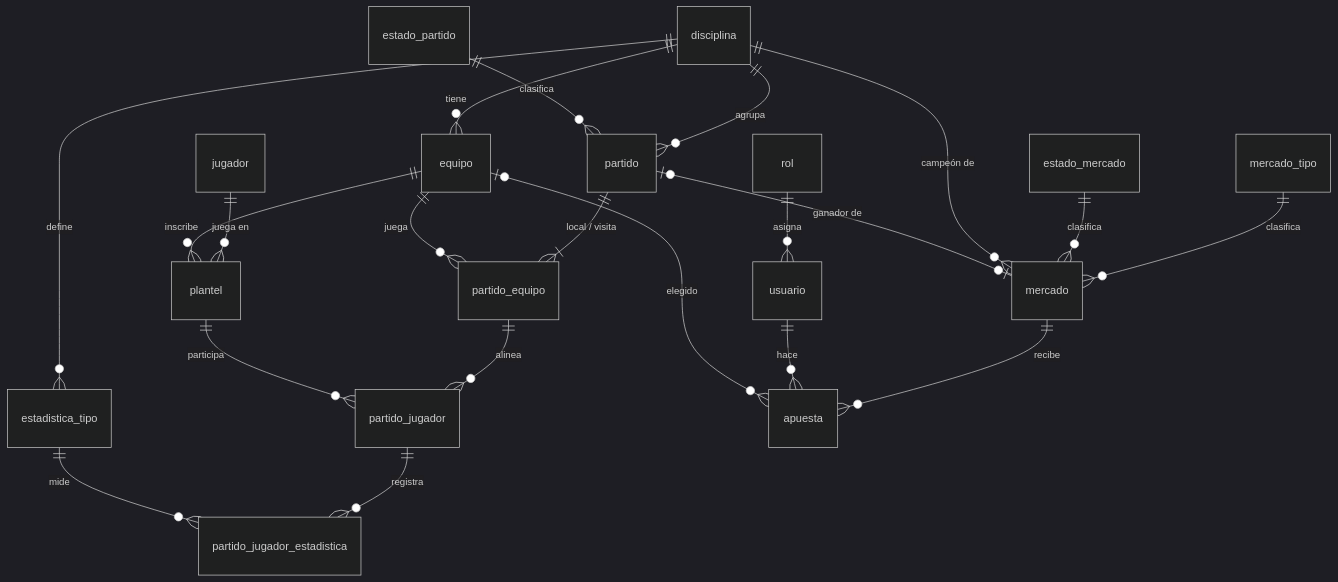
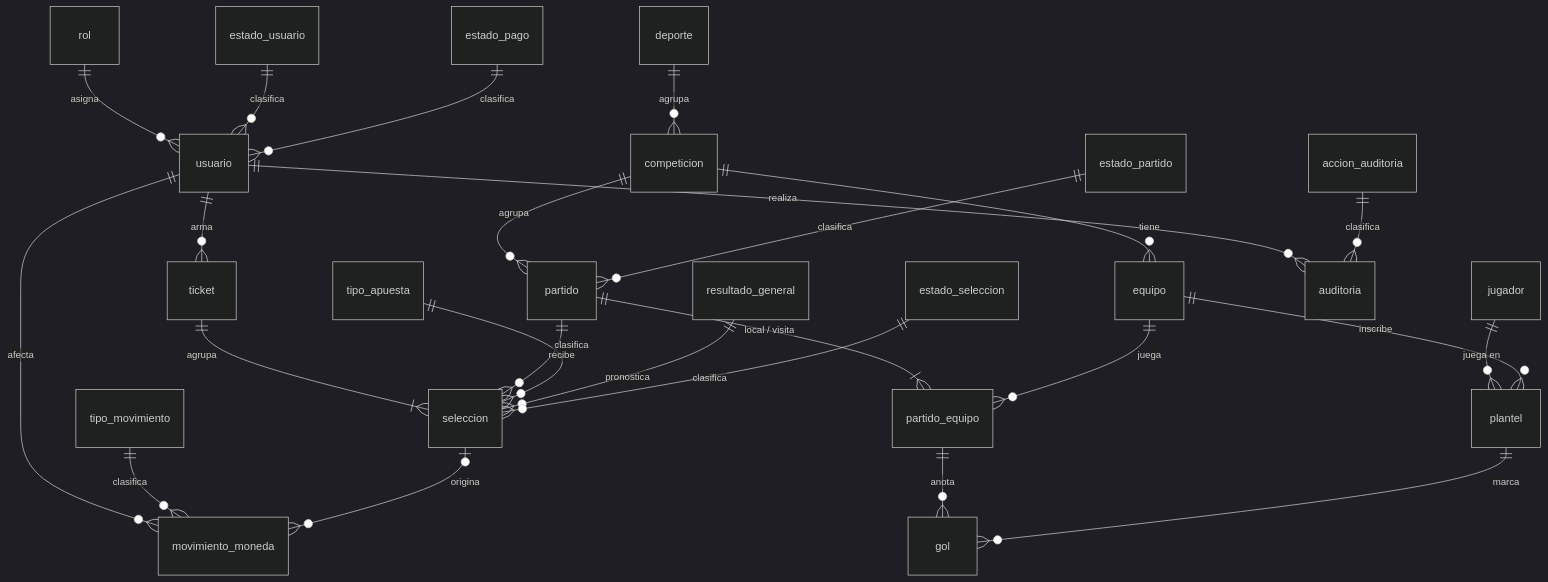
The diagram in EsquemaBD.md (BrandonFarfan19/LaLigaACP), drawn with Mermaid (dark theme) before and after one commit. The commit also changed other lines of this file and 46 other files, not shown here.

````diff
--- a/EsquemaBD.md
+++ b/EsquemaBD.md
@@ -270,25 +348,31 @@
 ```mermaid
 erDiagram
   rol ||--o{ usuario : asigna
+  estado_usuario ||--o{ usuario : clasifica
+  estado_pago ||--o{ usuario : clasifica
 
-  disciplina ||--o{ equipo : tiene
-  disciplina ||--o{ partido : agrupa
-  disciplina ||--o{ estadistica_tipo : define
+  deporte ||--o{ competicion : agrupa
+  competicion ||--o{ equipo : tiene
+  competicion ||--o{ partido : agrupa
   estado_partido ||--o{ partido : clasifica
   jugador ||--o{ plantel : "juega en"
   equipo ||--o{ plantel : inscribe
   partido ||--|{ partido_equipo : "local / visita"
   equipo ||--o{ partido_equipo : juega
-  partido_equipo ||--o{ partido_jugador : alinea
-  plantel ||--o{ partido_jugador : participa
-  partido_jugador ||--o{ partido_jugador_estadistica : registra
-  estadistica_tipo ||--o{ partido_jugador_estadistica : mide
+  partido_equipo ||--o{ gol : anota
+  plantel ||--o{ gol : marca
 
-  mercado_tipo ||--o{ mercado : clasifica
-  estado_mercado ||--o{ mercado : clasifica
-  disciplina ||--o{ mercado : "campeón de"
-  partido |o--o| mercado : "ganador de"
-  mercado ||--o{ apuesta : recibe
-  usuario ||--o{ apuesta : hace
-  equipo |o--o{ apuesta : elegido
+  usuario ||--o{ ticket : arma
+  ticket ||--|{ seleccion : agrupa
+  partido ||--o{ seleccion : recibe
+  tipo_apuesta ||--o{ seleccion : clasifica
+  resultado_general ||--o{ seleccion : pronostica
+  estado_seleccion ||--o{ seleccion : clasifica
+
+  usuario ||--o{ movimiento_moneda : afecta
+  tipo_movimiento ||--o{ movimiento_moneda : clasifica
+  seleccion |o--o{ movimiento_moneda : origina
+
+  usuario ||--o{ auditoria : realiza
+  accion_auditoria ||--o{ auditoria : clasifica
 ```
````
